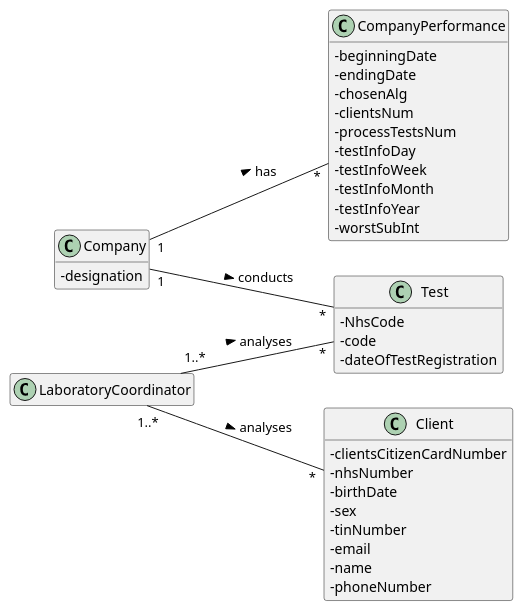
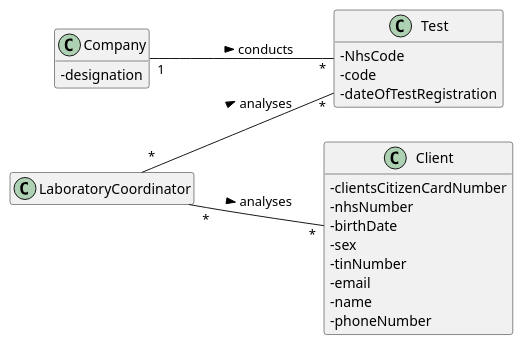
The diagram in docs/SprintD/US_16/US16_DM.puml (ana-albergaria/LAPR2-ISEP), drawn with PlantUML before and after one commit. The commit also changed 15 other files, not shown here.

```diff
--- a/docs/SprintD/US_16/US16_DM.puml
+++ b/docs/SprintD/US_16/US16_DM.puml
@@ -1,50 +1,38 @@
 @startuml
 
 skinparam classAttributeIconSize 0
 hide empty methods
 hide empty attributes
 left to right direction
 
 class Company{
 - designation
 }
 
 class Test{
 - NhsCode
 - code
 - dateOfTestRegistration
 }
 
 class Client{
 - clientsCitizenCardNumber
 - nhsNumber
 - birthDate
 - sex
 - tinNumber
 - email
 - name
 - phoneNumber
 }
 
 class LaboratoryCoordinator{
 }
 
-class CompanyPerformance{
-- beginningDate
-- endingDate
-- chosenAlg
-- clientsNum
-- processTestsNum
-- testInfoDay
-- testInfoWeek
-- testInfoMonth
-- testInfoYear
-- worstSubInt
-}
-
 Company "1" -- "*" Test : conducts >
-LaboratoryCoordinator "1..*" -- "*" Test : analyses >
-LaboratoryCoordinator "1..*" -- "*" Client : analyses >
-Company "1" -- "*" CompanyPerformance : has >
+'LaboratoryCoordinator "1..*" -- "*" Test : analyses >
+'LaboratoryCoordinator "1..*" -- "*" Client : analyses >
+LaboratoryCoordinator "*" -- "*" Test : analyses >
+LaboratoryCoordinator "*" -- "*" Client : analyses >
 
 @enduml
```
